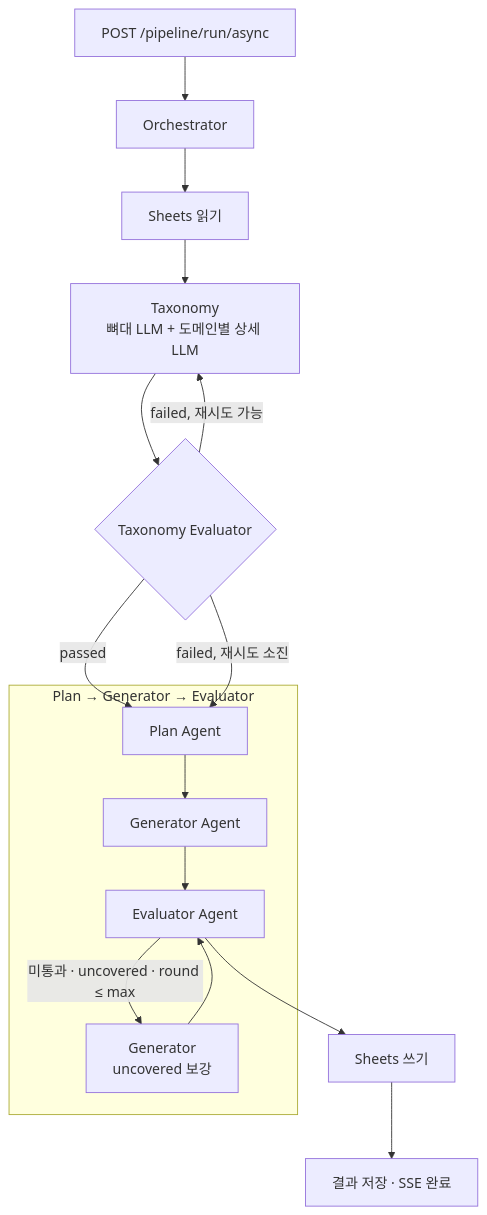
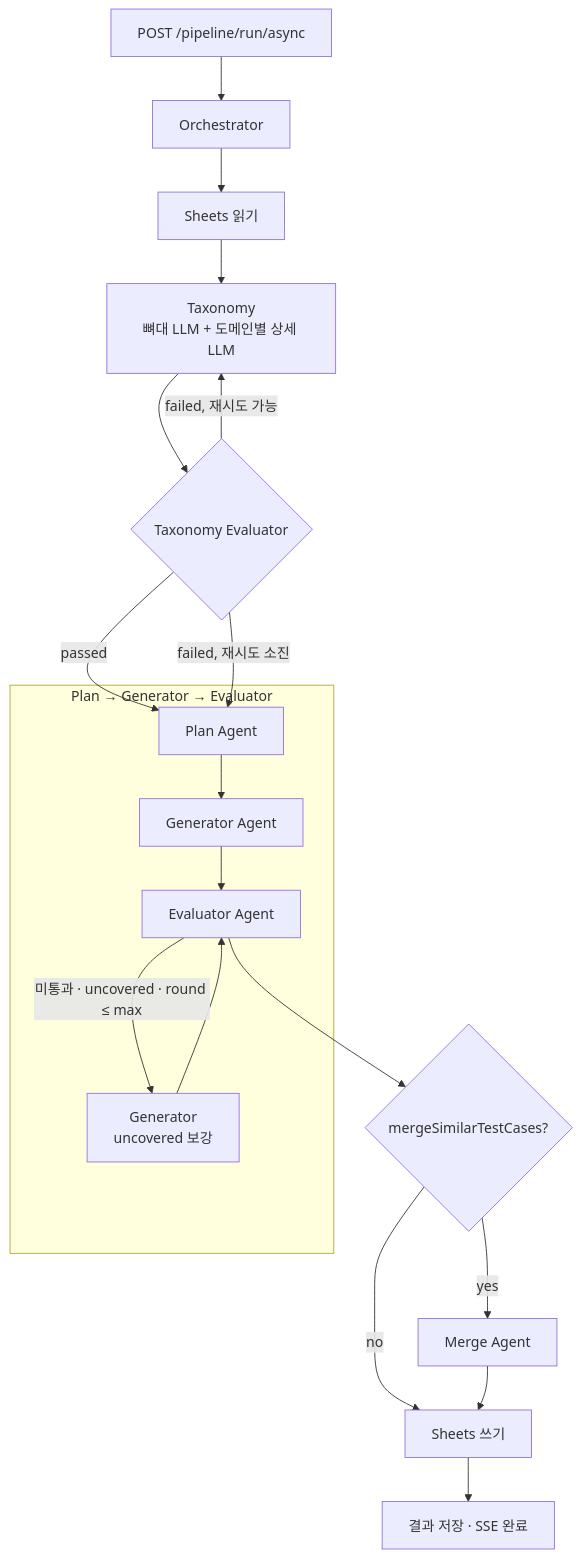
One commit to hrk-day1/waterbean changed the second of 2 diagrams in README.md. Above: the diagram before and after it, drawn with Mermaid. The commit also changed other lines of this file and 5 other files, not shown here.

````diff
--- a/README.md
+++ b/README.md
@@ -182,23 +215,26 @@
 ```mermaid
 flowchart TD
     API["POST /pipeline/run/async"] --> Orch["Orchestrator"]
 
     Orch --> ReadSheet["Sheets 읽기"]
     ReadSheet --> TaxLoop["Taxonomy\n뼈대 LLM + 도메인별 상세 LLM"]
 
     TaxLoop --> TaxEval{Taxonomy Evaluator}
     TaxEval -->|passed| Plan
     TaxEval -->|failed, 재시도 가능| TaxLoop
     TaxEval -->|failed, 재시도 소진| Plan
 
     subgraph pipeline [Plan → Generator → Evaluator]
         Plan["Plan Agent"]
         Plan --> Gen["Generator Agent"]
         Gen --> Eval["Evaluator Agent"]
         Eval -->|"미통과 · uncovered · round ≤ max"| FallbackGen["Generator\nuncovered 보강"]
         FallbackGen --> Eval
     end
 
-    Eval --> WriteSheet["Sheets 쓰기"]
+    Eval --> MergeOpt{"mergeSimilarTestCases?"}
+    MergeOpt -->|yes| MergeLLM["Merge Agent"]
+    MergeOpt -->|no| WriteSheet["Sheets 쓰기"]
+    MergeLLM --> WriteSheet
     WriteSheet --> Complete["결과 저장 · SSE 완료"]
 ```
````
